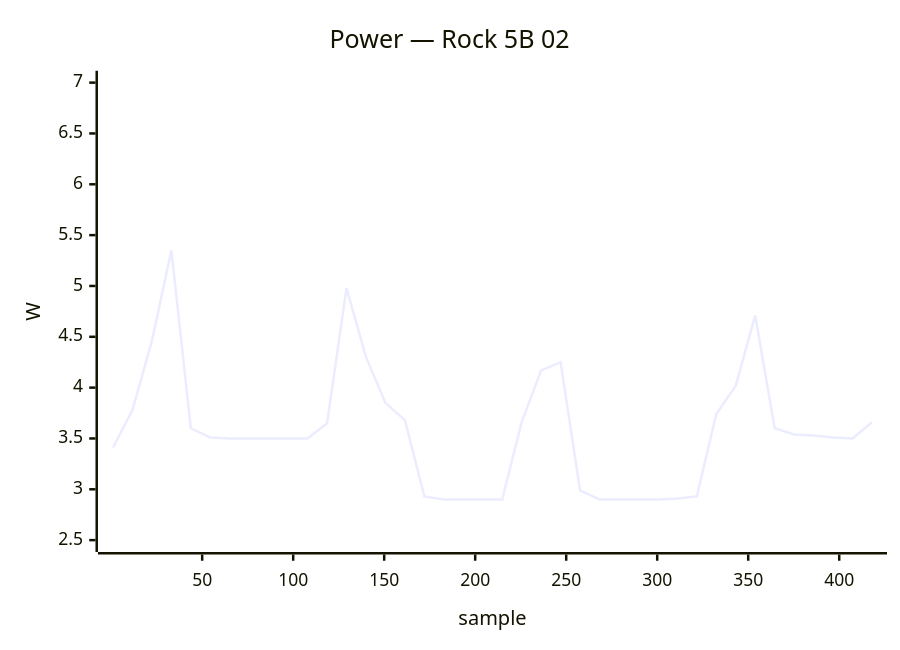
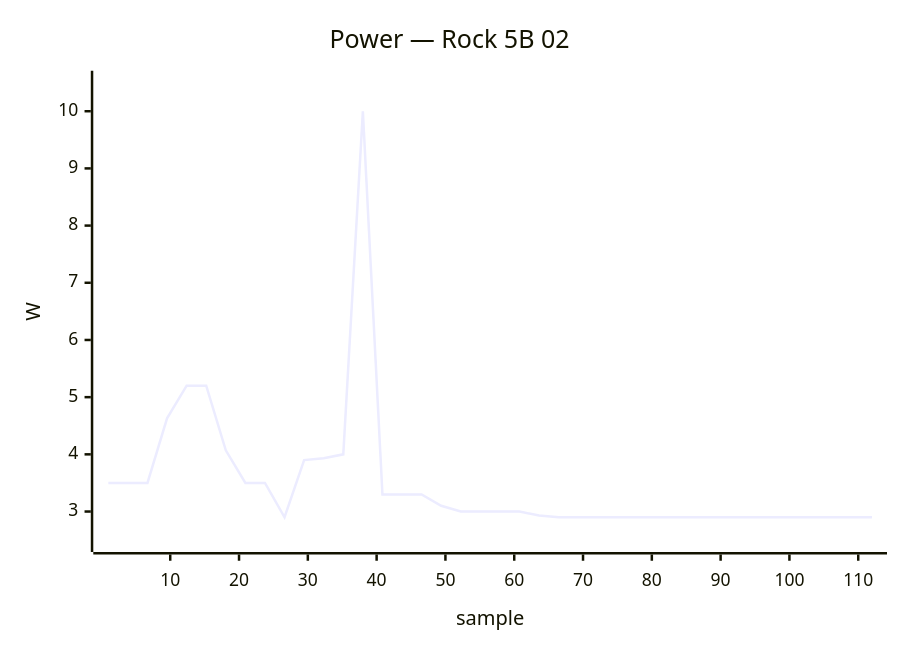
One commit to armbian/documentation changed the tenth of 34 diagrams in docs/status/board-tests.md. Above: the diagram before and after it, drawn with Mermaid. The commit also changed other lines of this file, not shown here.

````diff
--- a/docs/status/board-tests.md
+++ b/docs/status/board-tests.md
@@ -561,7 +576,7 @@
 ```mermaid
 xychart-beta
     title "Power — Rock 5B 02"
-    x-axis "sample" 1 --> 418
-    y-axis "W" 2.5 --> 7.0
-    line [3.41, 3.78, 4.46, 5.35, 3.60, 3.51, 3.50, 3.50, 3.50, 3.50, 3.50, 3.65, 4.98, 4.30, 3.85, 3.68, 2.93, 2.90, 2.90, 2.90, 2.90, 3.66, 4.17, 4.25, 2.99, 2.90, 2.90, 2.90, 2.90, 2.91, 2.93, 3.74, 4.02, 4.71, 3.60, 3.54, 3.53, 3.51, 3.50, 3.66]
+    x-axis "sample" 1 --> 112
+    y-axis "W" 2.5 --> 10.5
+    line [3.50, 3.50, 3.50, 4.63, 5.20, 5.20, 4.07, 3.50, 3.50, 2.90, 3.90, 3.93, 4.00, 10.00, 3.30, 3.30, 3.30, 3.10, 3.00, 3.00, 3.00, 3.00, 2.93, 2.90, 2.90, 2.90, 2.90, 2.90, 2.90, 2.90, 2.90, 2.90, 2.90, 2.90, 2.90, 2.90, 2.90, 2.90, 2.90, 2.90]
 ```
````
